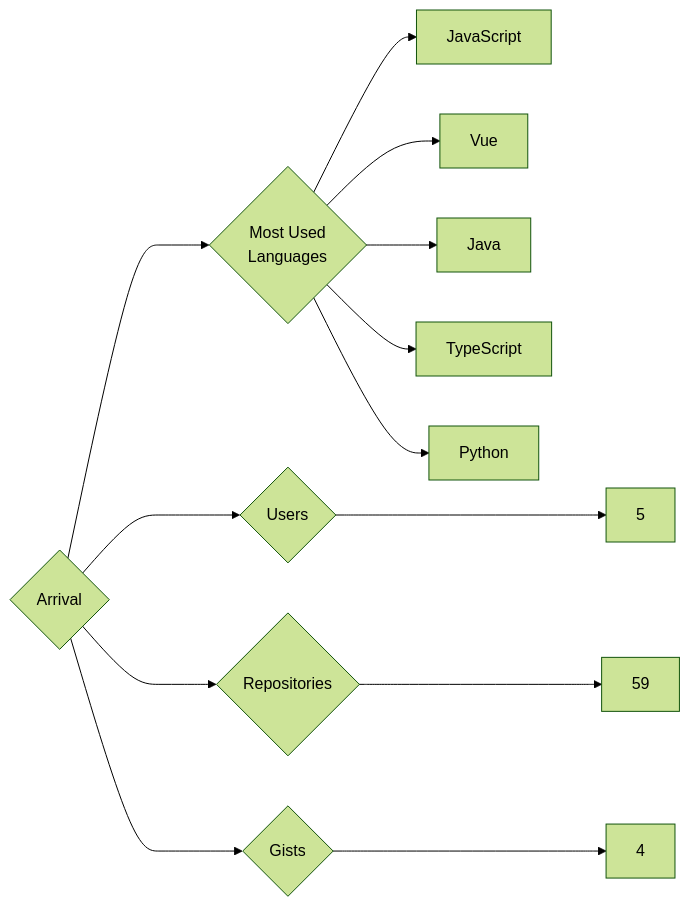
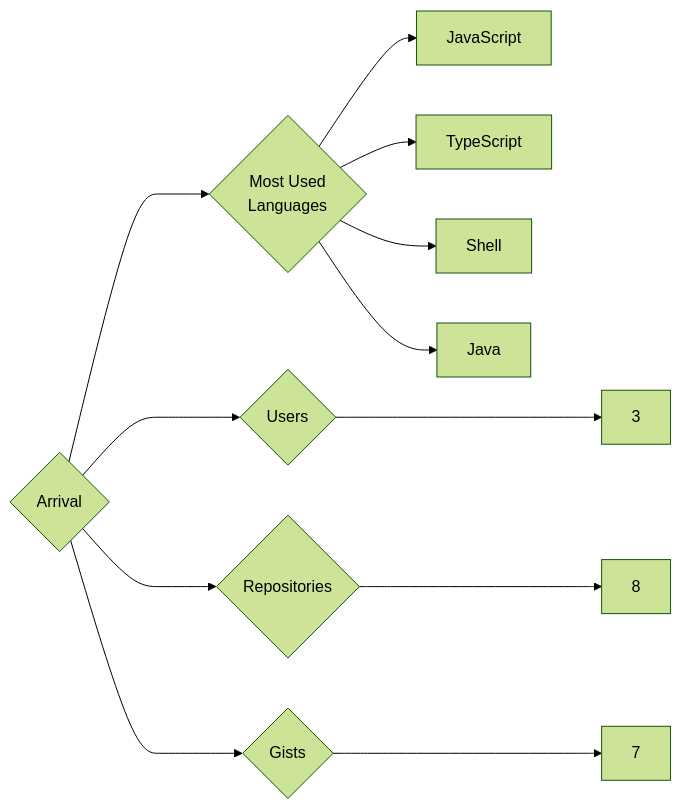
One commit to trickest/insiders changed the diagram in targets/Arrival/README.md. Above: the diagram before and after it, drawn with Mermaid (forest theme). The commit also changed 614 other files, not shown here.

````diff
--- a/targets/Arrival/README.md
+++ b/targets/Arrival/README.md
@@ -3,13 +3,12 @@
 ```mermaid
 graph LR
 COMPANY_NAME{Arrival}
-COMPANY_NAME ---> U{Users} ---> UN[5]
-COMPANY_NAME ---> R{Repositories} ---> RN[59]
-COMPANY_NAME ---> G{Gists} ---> GN[4]
+COMPANY_NAME ---> U{Users} ---> UN[3]
+COMPANY_NAME ---> R{Repositories} ---> RN[8]
+COMPANY_NAME ---> G{Gists} ---> GN[7]
 COMPANY_NAME ---> ML{Most Used<br>Languages}
 ML --> JavaScript[JavaScript]
-ML --> Vue[Vue]
+ML --> TypeScript[TypeScript]
+ML --> Shell[Shell]
 ML --> Java[Java]
-ML --> TypeScript[TypeScript]
-ML --> Python[Python]
 ```
````
